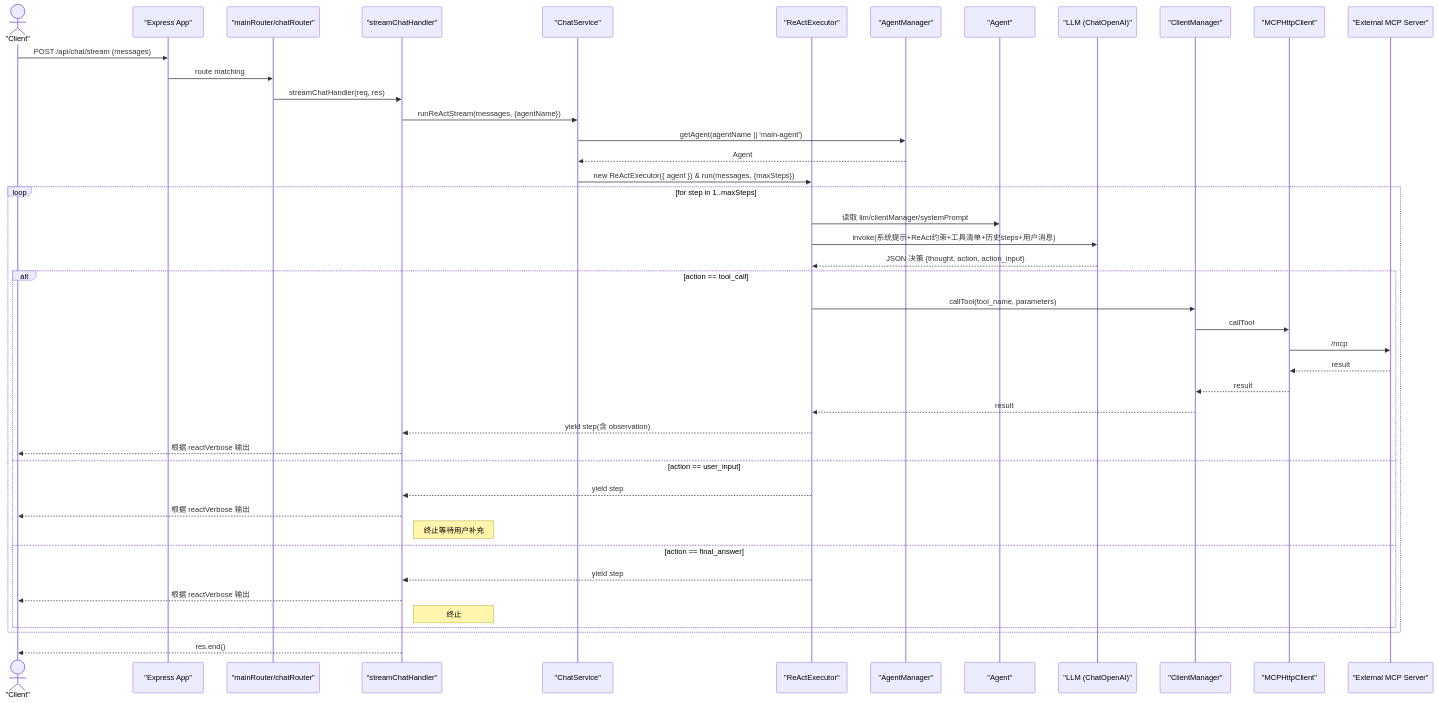
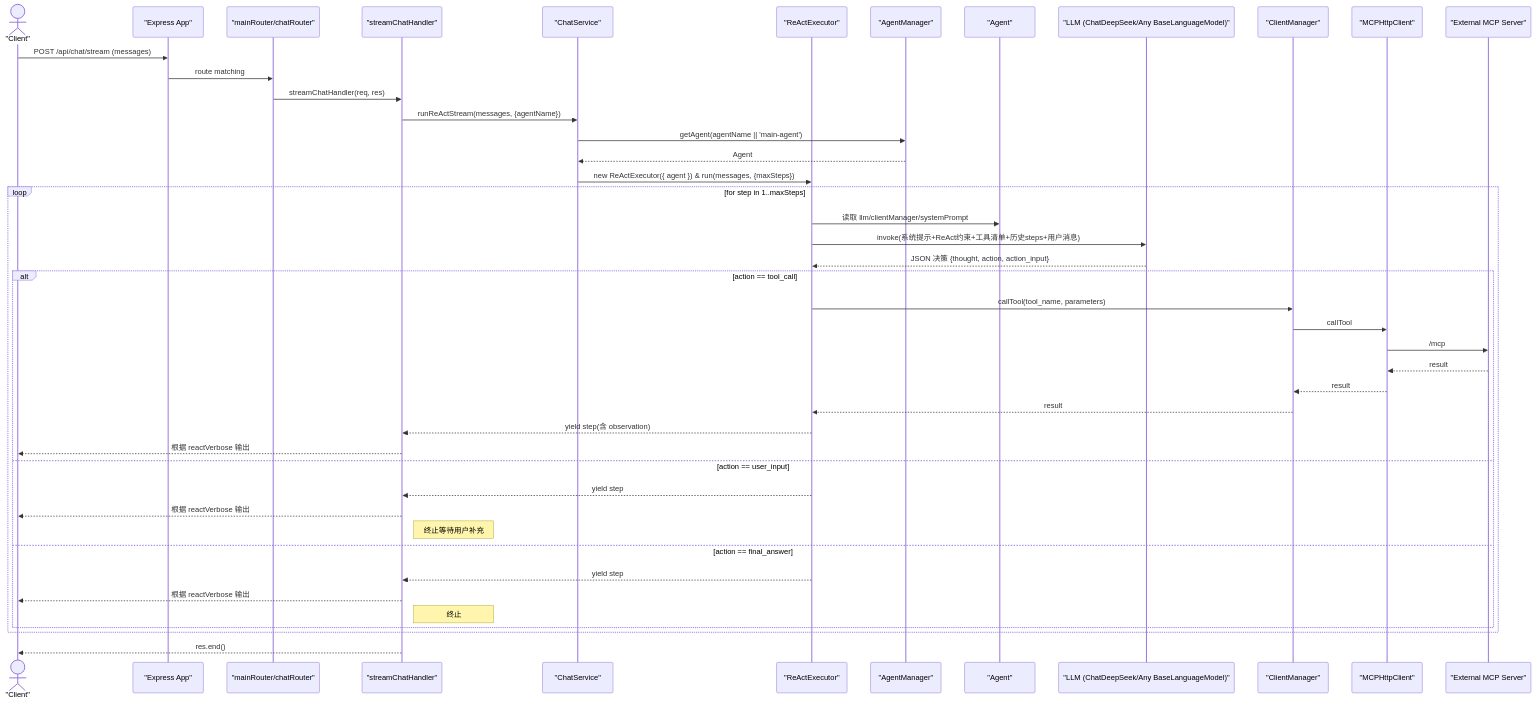
Before and after one commit to seemrcola/bot-server: the diagram in docs/flow.md, drawn with Mermaid. The commit also changed 2 other files, not shown here.

````diff
--- a/docs/flow.md
+++ b/docs/flow.md
@@ -3,49 +3,49 @@
 ```mermaid
 sequenceDiagram
   actor Client as "Client"
   participant Express as "Express App"
   participant Router as "mainRouter/chatRouter"
   participant Controller as "streamChatHandler"
   participant Service as "ChatService"
   participant ReAct as "ReActExecutor"
   participant AM as "AgentManager"
   participant Agent as "Agent"
-  participant LLM as "LLM (ChatOpenAI)"
+  participant LLM as "LLM (ChatDeepSeek/Any BaseLanguageModel)"
   participant CM as "ClientManager"
   participant MCP as "MCPHttpClient"
   participant Ext as "External MCP Server"
 
   Client->>Express: POST /api/chat/stream (messages)
   Express->>Router: route matching
   Router->>Controller: streamChatHandler(req, res)
   Controller->>Service: runReActStream(messages, {agentName})
   Service->>AM: getAgent(agentName || 'main-agent')
   AM-->>Service: Agent
   Service->>ReAct: new ReActExecutor({ agent }) & run(messages, {maxSteps})
 
   loop for step in 1..maxSteps
     ReAct->>Agent: 读取 llm/clientManager/systemPrompt
     ReAct->>LLM: invoke(系统提示+ReAct约束+工具清单+历史steps+用户消息)
     LLM-->>ReAct: JSON 决策 {thought, action, action_input}
     alt action == tool_call
       ReAct->>CM: callTool(tool_name, parameters)
       CM->>MCP: callTool
       MCP->>Ext: /mcp
       Ext-->>MCP: result
       MCP-->>CM: result
       CM-->>ReAct: result
       ReAct-->>Controller: yield step(含 observation)
       Controller-->>Client: 根据 reactVerbose 输出
     else action == user_input
       ReAct-->>Controller: yield step
       Controller-->>Client: 根据 reactVerbose 输出
       Note right of Controller: 终止等待用户补充
     else action == final_answer
       ReAct-->>Controller: yield step
       Controller-->>Client: 根据 reactVerbose 输出
       Note right of Controller: 终止
     end
   end
 
   Controller-->>Client: res.end()
 ```
````
